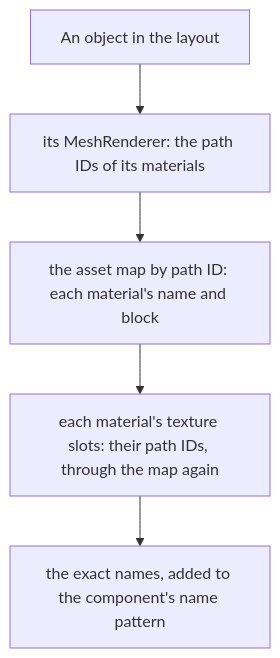
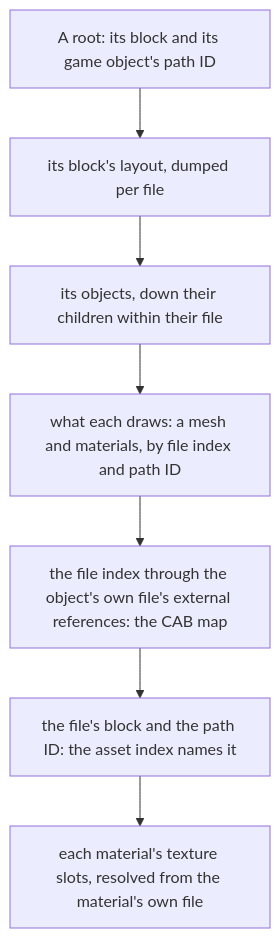
The third of 3 diagrams in apps/web/content/docs/genshin/derived-assets.md (Esposter/Esposter), drawn with Mermaid before and after one commit. The commit also changed other lines of this file and 51 other files, not shown here.

````diff
--- a/apps/web/content/docs/genshin/derived-assets.md
+++ b/apps/web/content/docs/genshin/derived-assets.md
@@ -71,7 +73,9 @@
 ```mermaid
 flowchart TD
-  O[An object in the layout] --> R["its MeshRenderer: the path IDs of its materials"]
-  R --> A["the asset map by path ID: each material's name and block"]
-  A --> T["each material's texture slots: their path IDs, through the map again"]
-  T --> P["the exact names, added to the component's name pattern"]
+  R["A root: its block and its game object's path ID"] --> L["its block's layout, dumped per file"]
+  L --> C["its objects, down their children within their file"]
+  C --> D["what each draws: a mesh and materials, by file index and path ID"]
+  D --> X["the file index through the object's own file's external references: the CAB map"]
+  X --> A["the file's block and the path ID: the asset index names it"]
+  A --> T["each material's texture slots, resolved from the material's own file"]
 ```
````
